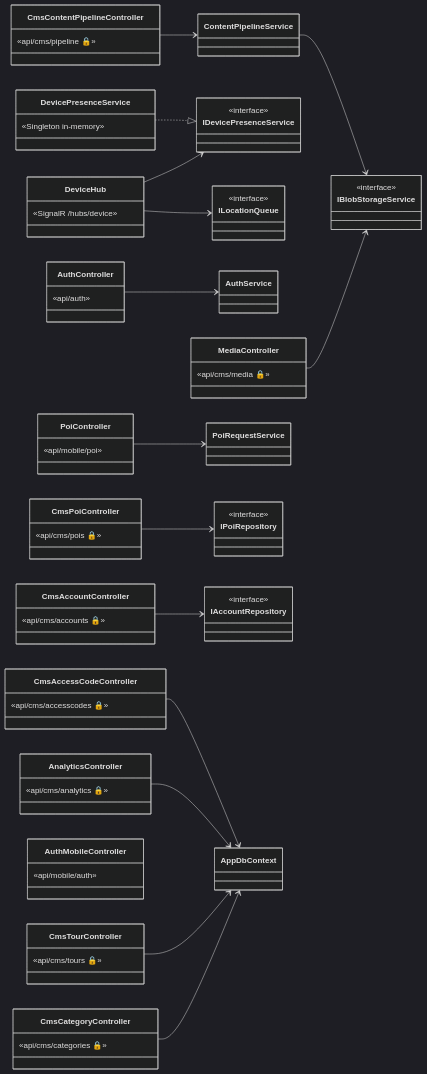
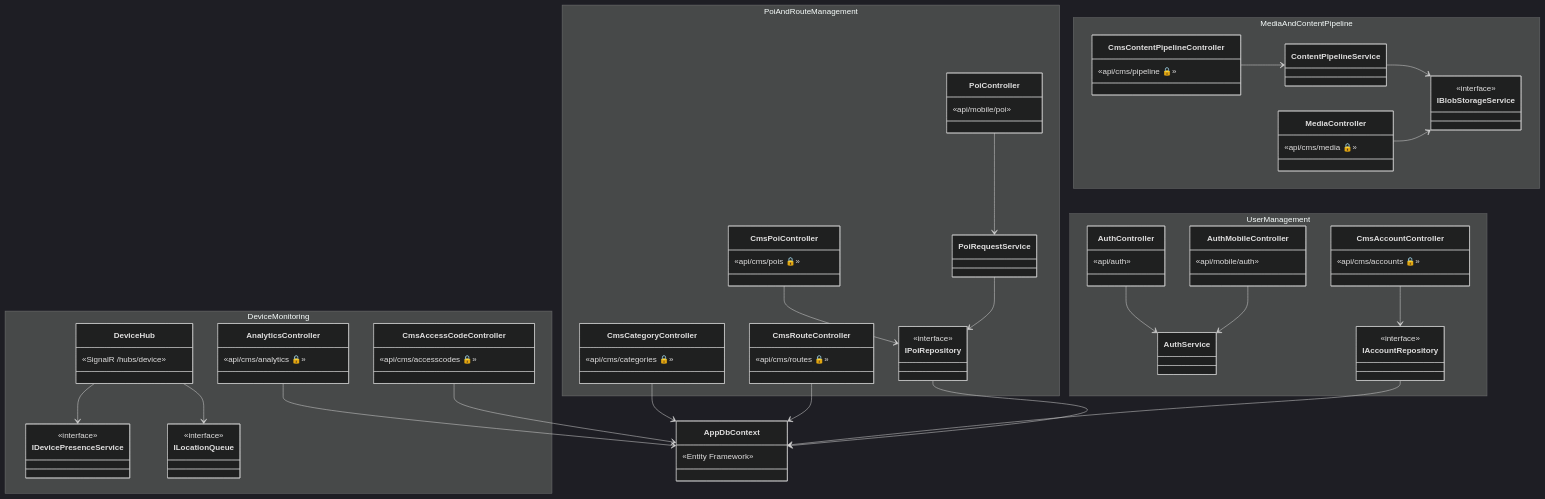
One commit to AudioGo-Project/AudioGo changed the seventh of 46 diagrams in PRD.md. Above: the diagram before and after it, drawn with Mermaid (dark theme). The commit also changed other lines of this file, not shown here.

Commit message:
docs: Split Mobile sequence diagrams by UC and add POI priority logic in Geofence sequence

````diff
--- a/PRD.md
+++ b/PRD.md
@@ -767,43 +767,60 @@
 ```mermaid
 classDiagram
-    direction LR
-    class AuthController { «api/auth» }
-    class CmsPoiController { «api/cms/pois 🔒» }
-    class CmsContentPipelineController { «api/cms/pipeline 🔒» }
-    class CmsAccountController { «api/cms/accounts 🔒» }
-    class CmsCategoryController { «api/cms/categories 🔒» }
-    class CmsTourController { «api/cms/tours 🔒» }
-    class AnalyticsController { «api/cms/analytics 🔒» }
-    class CmsAccessCodeController { «api/cms/accesscodes 🔒» }
-    class MediaController { «api/cms/media 🔒» }
-    class PoiController { «api/mobile/poi» }
-    class AuthMobileController { «api/mobile/auth» }
+    direction TB
+    
+    namespace UserManagement {
+        class AuthController { «api/auth» }
+        class AuthMobileController { «api/mobile/auth» }
+        class CmsAccountController { «api/cms/accounts 🔒» }
+        class AuthService
+        class IAccountRepository { <<interface>> }
+    }
+    
+    namespace PoiAndRouteManagement {
+        class CmsPoiController { «api/cms/pois 🔒» }
+        class PoiController { «api/mobile/poi» }
+        class CmsCategoryController { «api/cms/categories 🔒» }
+        class CmsRouteController { «api/cms/routes 🔒» }
+        class PoiRequestService
+        class IPoiRepository { <<interface>> }
+    }
 
-    class DeviceHub { «SignalR /hubs/device» }
-    class IDevicePresenceService { <<interface>> }
-    class DevicePresenceService { «Singleton in-memory» }
-    class ILocationQueue { <<interface>> }
-
-    class AuthService
-    class ContentPipelineService
-    class PoiRequestService
-    class IBlobStorageService { <<interface>> }
-    class IPoiRepository { <<interface>> }
-    class IAccountRepository { <<interface>> }
-    class AppDbContext
+    namespace MediaAndContentPipeline {
+        class CmsContentPipelineController { «api/cms/pipeline 🔒» }
+        class MediaController { «api/cms/media 🔒» }
+        class ContentPipelineService
+        class IBlobStorageService { <<interface>> }
+    }
+    
+    namespace DeviceMonitoring {
+        class DeviceHub { «SignalR /hubs/device» }
+        class AnalyticsController { «api/cms/analytics 🔒» }
+        class CmsAccessCodeController { «api/cms/accesscodes 🔒» }
+        class IDevicePresenceService { <<interface>> }
+        class ILocationQueue { <<interface>> }
+    }
+    
+    class AppDbContext { «Entity Framework» }
 
     AuthController --> AuthService
+    AuthMobileController --> AuthService
+    CmsAccountController --> IAccountRepository
+    
     CmsPoiController --> IPoiRepository
-    CmsAccountController --> IAccountRepository
+    PoiController --> PoiRequestService
+    PoiRequestService --> IPoiRepository
     CmsCategoryController --> AppDbContext
-    CmsTourController --> AppDbContext
+    CmsRouteController --> AppDbContext
+
     CmsContentPipelineController --> ContentPipelineService
+    ContentPipelineService --> IBlobStorageService
+    MediaController --> IBlobStorageService
+
+    DeviceHub --> IDevicePresenceService
+    DeviceHub --> ILocationQueue
     AnalyticsController --> AppDbContext
     CmsAccessCodeController --> AppDbContext
-    MediaController --> IBlobStorageService
-    PoiController --> PoiRequestService
-    ContentPipelineService --> IBlobStorageService
-    DeviceHub --> IDevicePresenceService
-    DeviceHub --> ILocationQueue
-    DevicePresenceService ..|> IDevicePresenceService
+
+    IAccountRepository --> AppDbContext
+    IPoiRepository --> AppDbContext
 ```
````
